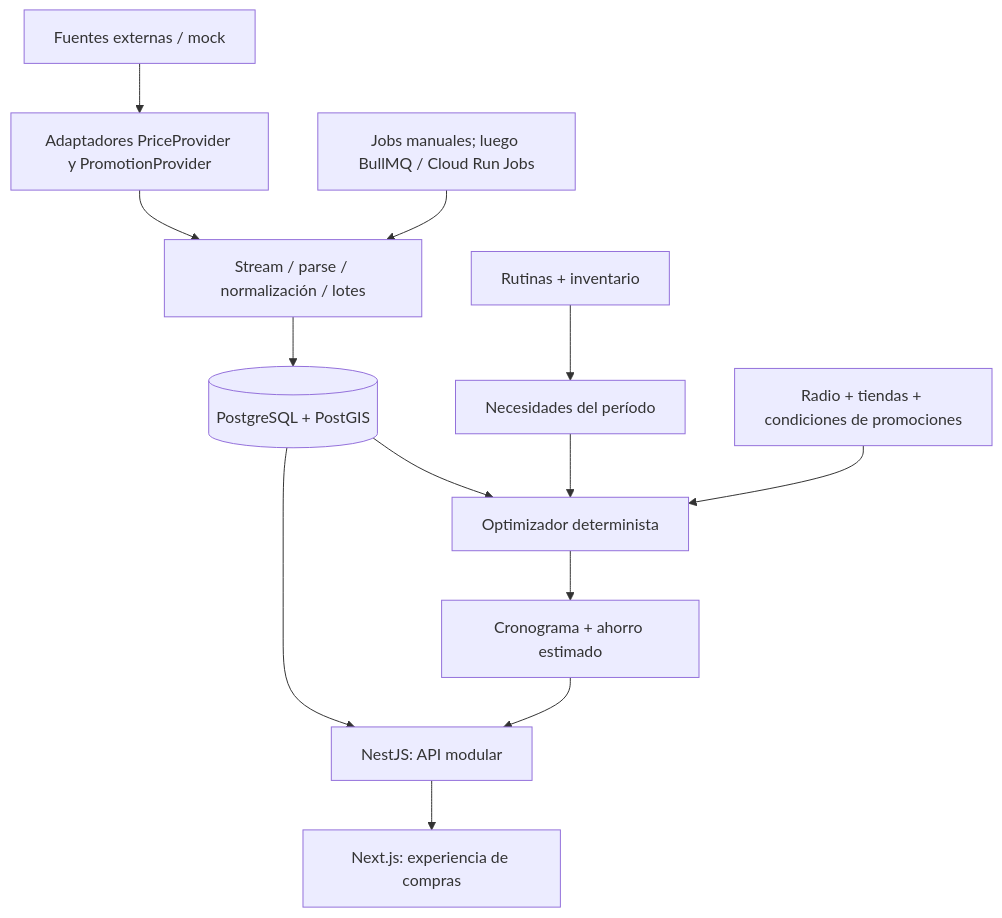
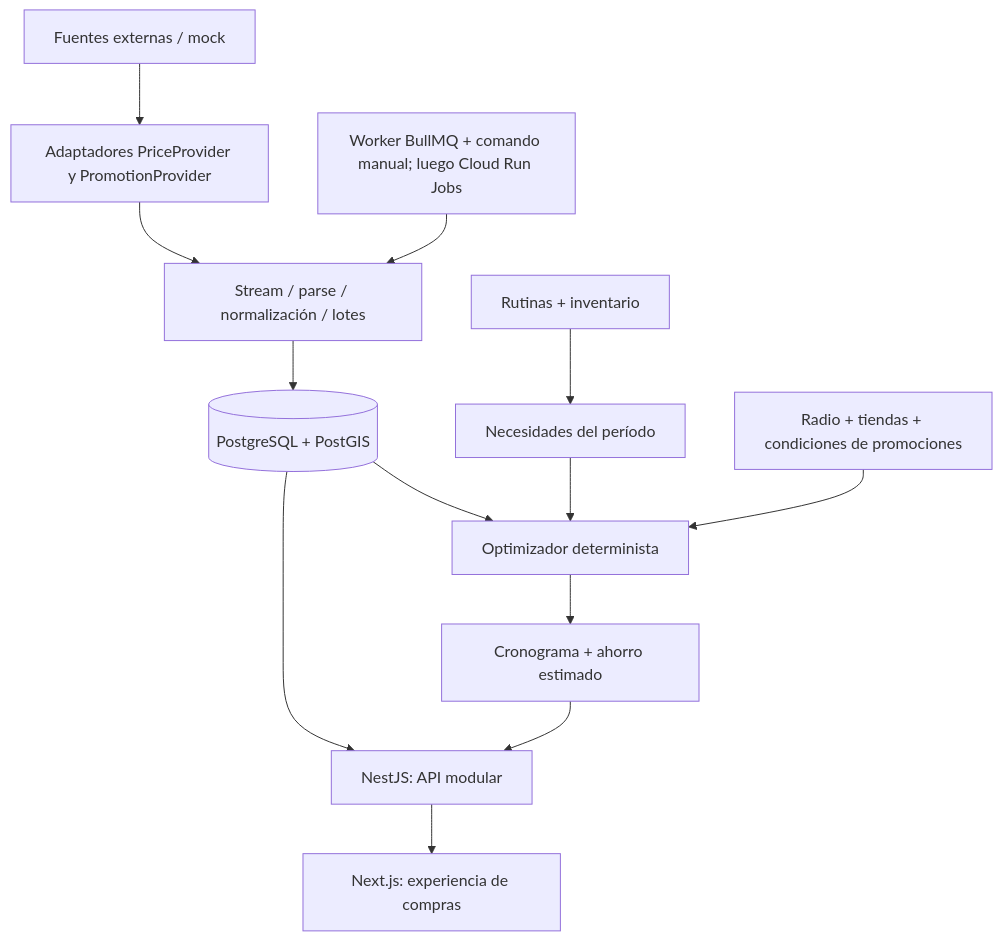
The diagram in docs/ARCHITECTURE.md (matiasstr/solucionadoApp), drawn with Mermaid before and after one commit. The commit also changed other lines of this file and 29 other files, not shown here.

First line of the commit message:
feat(P8-01): BullMQ jobs with a separate worker and manual commands

````diff
--- a/docs/ARCHITECTURE.md
+++ b/docs/ARCHITECTURE.md
@@ -11,15 +11,15 @@
 ```mermaid
 flowchart TD
   Sources[Fuentes externas / mock] --> Providers[Adaptadores PriceProvider y PromotionProvider]
   Providers --> Pipeline[Stream / parse / normalización / lotes]
   Pipeline --> DB[(PostgreSQL + PostGIS)]
   DB --> API[NestJS: API modular]
   API --> Web[Next.js: experiencia de compras]
   Routine[Rutinas + inventario] --> Needs[Necesidades del período]
   Needs --> Optimizer[Optimizador determinista]
   DB --> Optimizer
   Rules[Radio + tiendas + condiciones de promociones] --> Optimizer
   Optimizer --> Plan[Cronograma + ahorro estimado]
   Plan --> API
-  Jobs[Jobs manuales; luego BullMQ / Cloud Run Jobs] --> Pipeline
+  Jobs[Worker BullMQ + comando manual; luego Cloud Run Jobs] --> Pipeline
 ```
````
